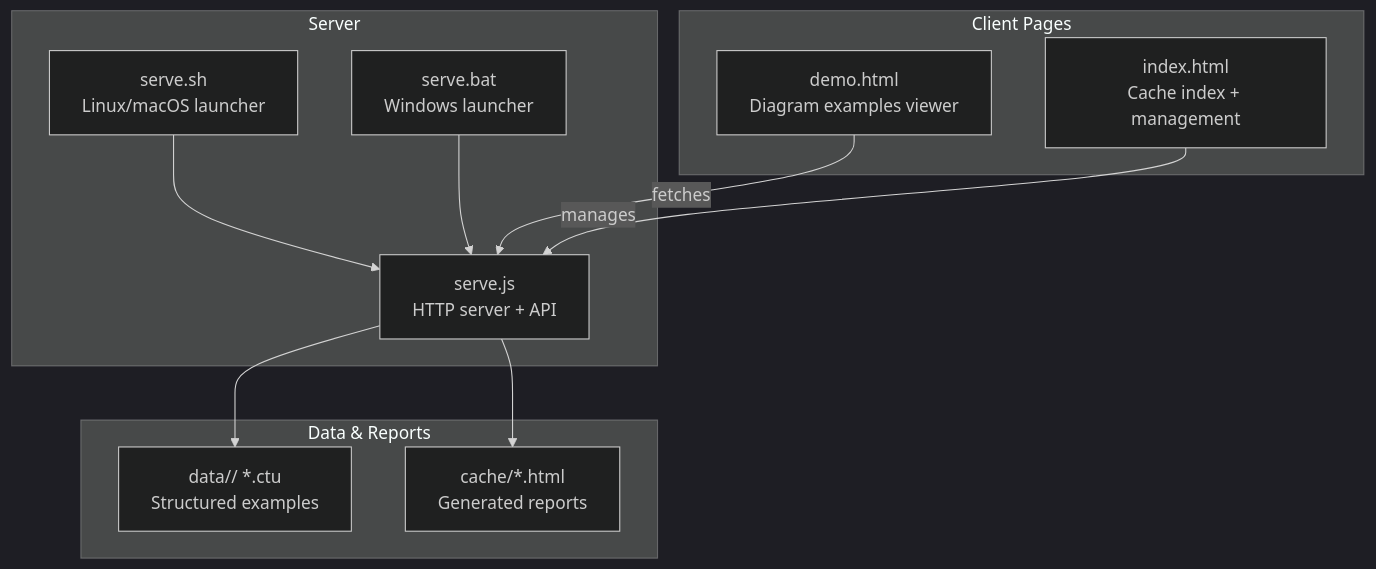
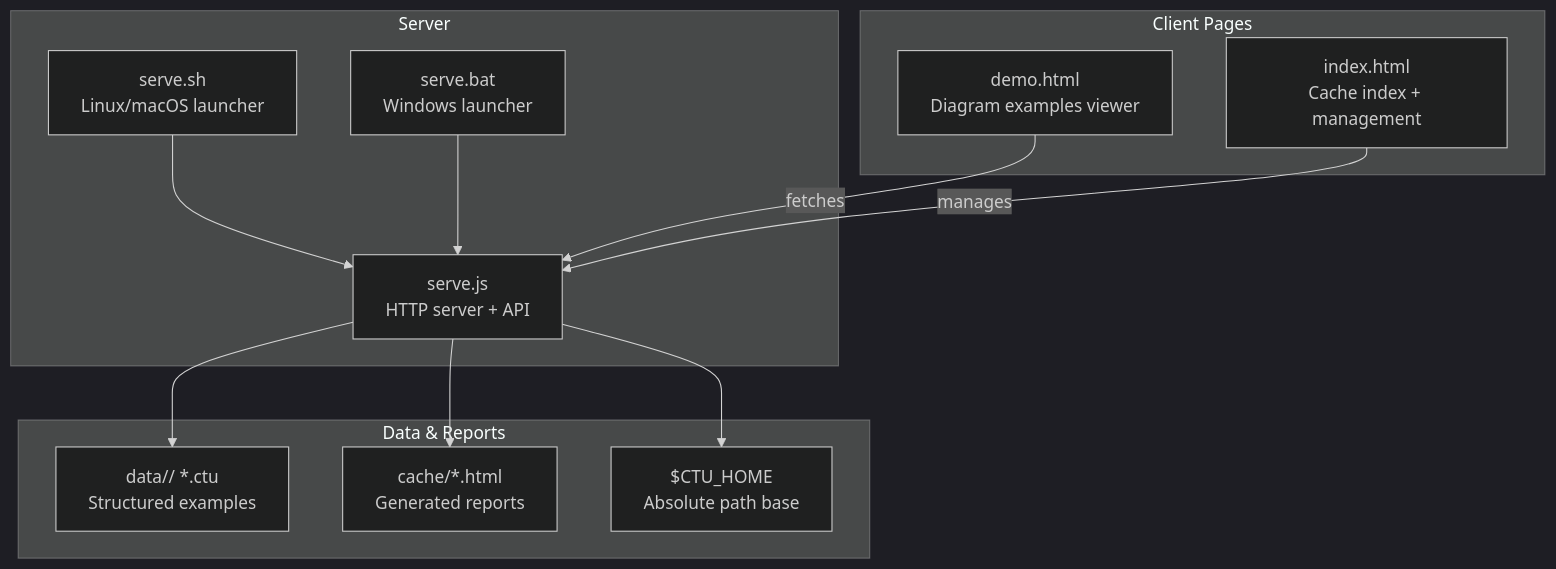
The first of 3 diagrams in .qoder/repowiki/en/content/Architecture Overview/Server Infrastructure.md (pingwurth/code-to-uml), drawn with Mermaid (dark theme) before and after one commit. The commit also changed other lines of this file and 21 other files, not shown here.

Commit message:
chore(docs): 删除 Code-To-UML 介绍文档

````diff
--- a/.qoder/repowiki/en/content/Architecture Overview/Server Infrastructure.md
+++ b/.qoder/repowiki/en/content/Architecture Overview/Server Infrastructure.md
@@ -36,22 +43,24 @@
 ```mermaid
 graph TB
 subgraph "Server"
 S["serve.js<br/>HTTP server + API"]
 SH["serve.sh<br/>Linux/macOS launcher"]
 BAT["serve.bat<br/>Windows launcher"]
 end
 subgraph "Client Pages"
 D["demo.html<br/>Diagram examples viewer"]
 I["index.html<br/>Cache index + management"]
 end
 subgraph "Data & Reports"
 DATA["data/<project>/ *.ctu<br/>Structured examples"]
 CACHE["cache/*.html<br/>Generated reports"]
+HOME["$CTU_HOME<br/>Absolute path base"]
 end
 SH --> S
 BAT --> S
 D --> |fetches| S
 I --> |manages| S
+S --> HOME
 S --> DATA
 S --> CACHE
 ```
````
